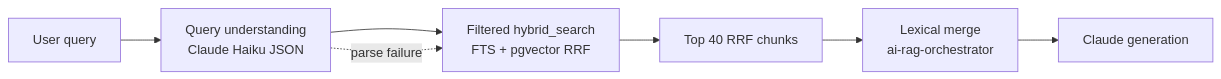
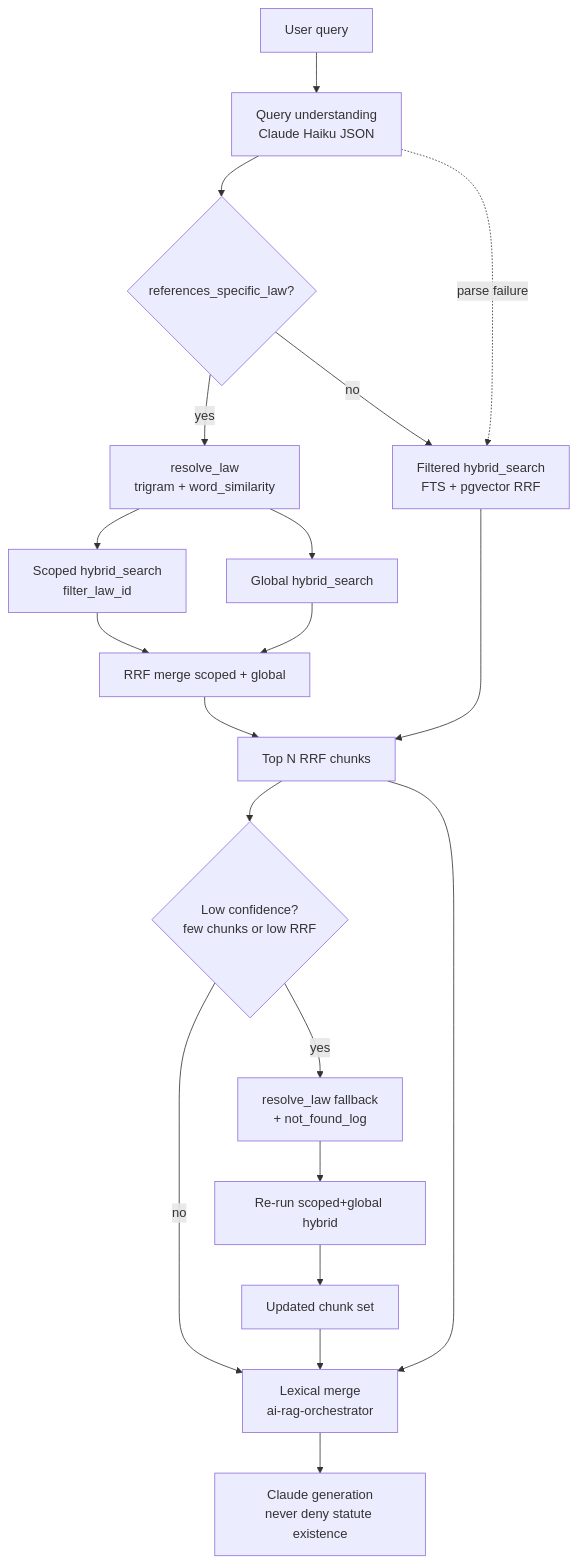
Before and after one commit to Yamale-Alliance/yamale-alliance: the diagram in docs/retrieval-architecture.md, drawn with Mermaid. The commit also changed other lines of this file, not shown here.

Commit message:
Document law resolver, absence guard, and updated retrieval pipeline.

````diff
--- a/docs/retrieval-architecture.md
+++ b/docs/retrieval-architecture.md
@@ -7,9 +7,22 @@
 ```mermaid
-flowchart LR
+flowchart TD
   Q[User query] --> QU[Query understanding<br/>Claude Haiku JSON]
-  QU --> HS[Filtered hybrid_search<br/>FTS + pgvector RRF]
-  HS --> TOP[Top 40 RRF chunks]
-  TOP --> LEX[Lexical merge<br/>ai-rag-orchestrator]
-  LEX --> GEN[Claude generation]
+  QU --> LR{references_specific_law?}
+  LR -->|yes| RES[resolve_law<br/>trigram + word_similarity]
+  RES --> SCOPED[Scoped hybrid_search<br/>filter_law_id]
+  RES --> GLOBAL[Global hybrid_search]
+  SCOPED --> MERGE[RRF merge scoped + global]
+  GLOBAL --> MERGE
+  LR -->|no| HS[Filtered hybrid_search<br/>FTS + pgvector RRF]
+  MERGE --> TOP[Top N RRF chunks]
+  HS --> TOP
+  TOP --> AG{Low confidence?<br/>few chunks or low RRF}
+  AG -->|yes| FB[resolve_law fallback<br/>+ not_found_log]
+  FB --> RETRY[Re-run scoped+global hybrid]
+  RETRY --> TOP2[Updated chunk set]
+  AG -->|no| LEX[Lexical merge<br/>ai-rag-orchestrator]
+  TOP2 --> LEX
+  TOP --> LEX
+  LEX --> GEN[Claude generation<br/>never deny statute existence]
   QU -.->|parse failure| HS
 ```
````
